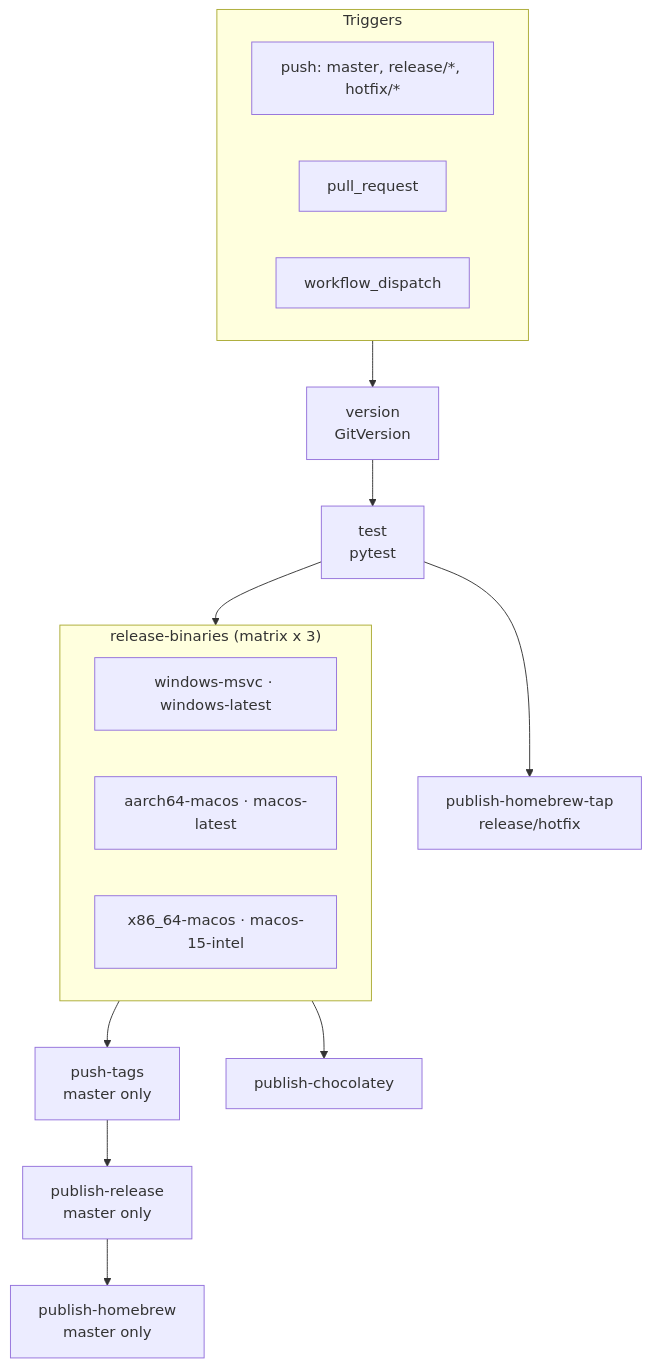
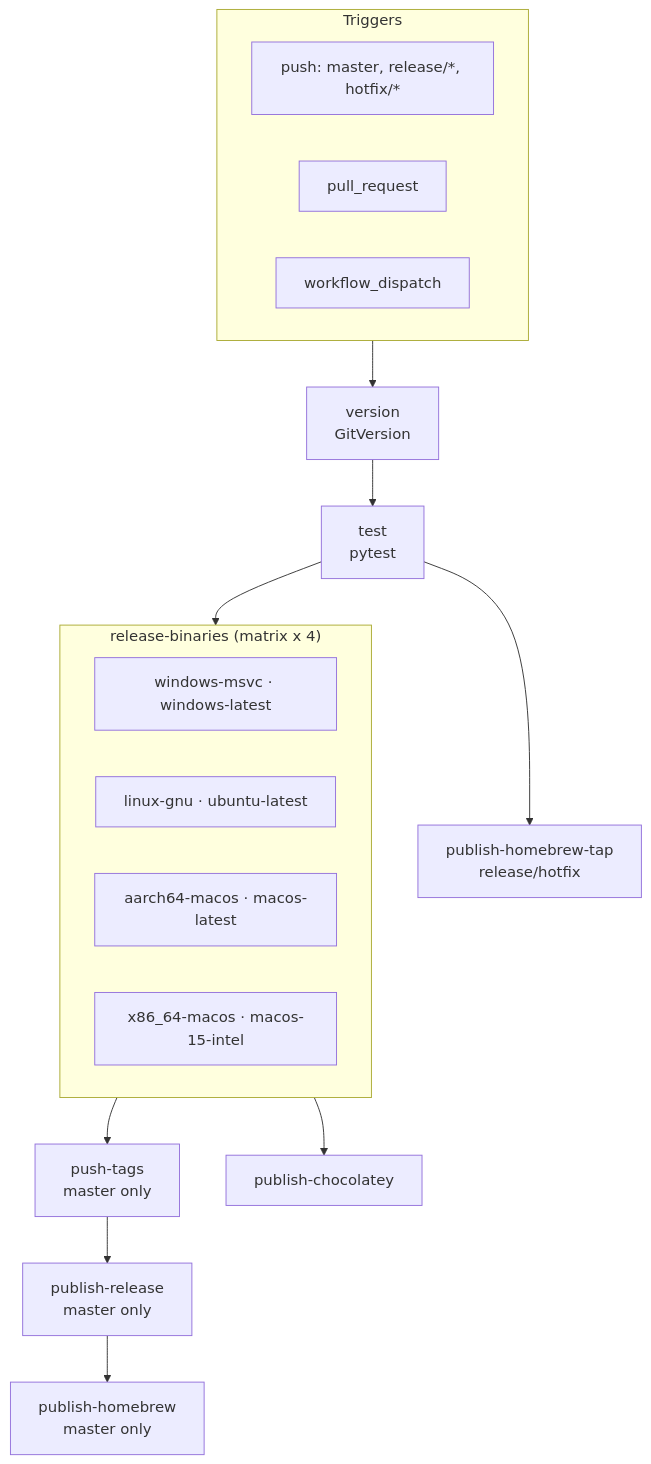
The diagram in docs/ci-cd.md (denis-peshkov/duplicate-finder), drawn with Mermaid before and after one commit. The commit also changed other lines of this file and 6 other files, not shown here.

Commit message:
add Linux x64 release support: update CI matrix, dependencies, and documentation for `x86_64-unknown-linux-gnu` builds

````diff
--- a/docs/ci-cd.md
+++ b/docs/ci-cd.md
@@ -11,32 +11,33 @@
 ```mermaid
 flowchart TD
   subgraph triggers["Triggers"]
     T1["push: master, release/*, hotfix/*"]
     T2["pull_request"]
     T3["workflow_dispatch"]
   end
 
   V["version<br/>GitVersion"]
   TEST["test<br/>pytest"]
 
-  subgraph matrix["release-binaries (matrix x 3)"]
+  subgraph matrix["release-binaries (matrix x 4)"]
     M1["windows-msvc · windows-latest"]
-    M2["aarch64-macos · macos-latest"]
-    M3["x86_64-macos · macos-15-intel"]
+    M2["linux-gnu · ubuntu-latest"]
+    M3["aarch64-macos · macos-latest"]
+    M4["x86_64-macos · macos-15-intel"]
   end
 
   PT["push-tags<br/>master only"]
   CHR["publish-chocolatey"]
   HBT["publish-homebrew-tap<br/>release/hotfix"]
   REL["publish-release<br/>master only"]
   HB["publish-homebrew<br/>master only"]
 
   triggers --> V
   V --> TEST
   TEST --> matrix
   matrix --> PT
   matrix --> CHR
   TEST --> HBT
   PT --> REL
   REL --> HB
 ```
````
